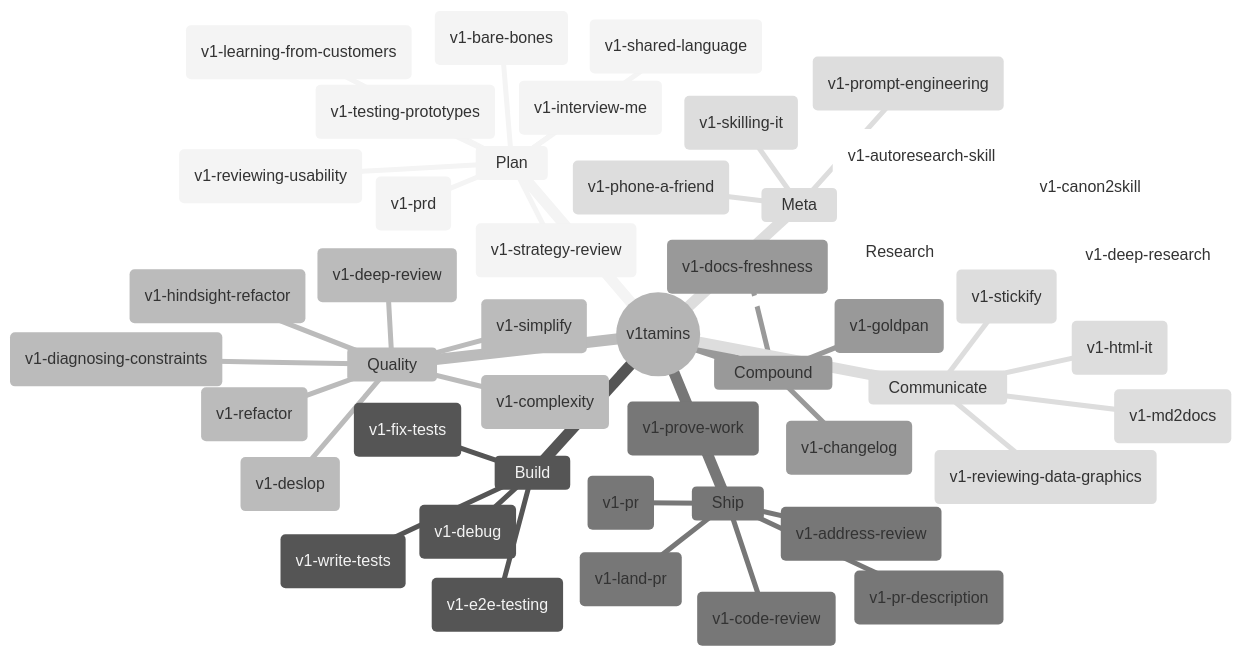
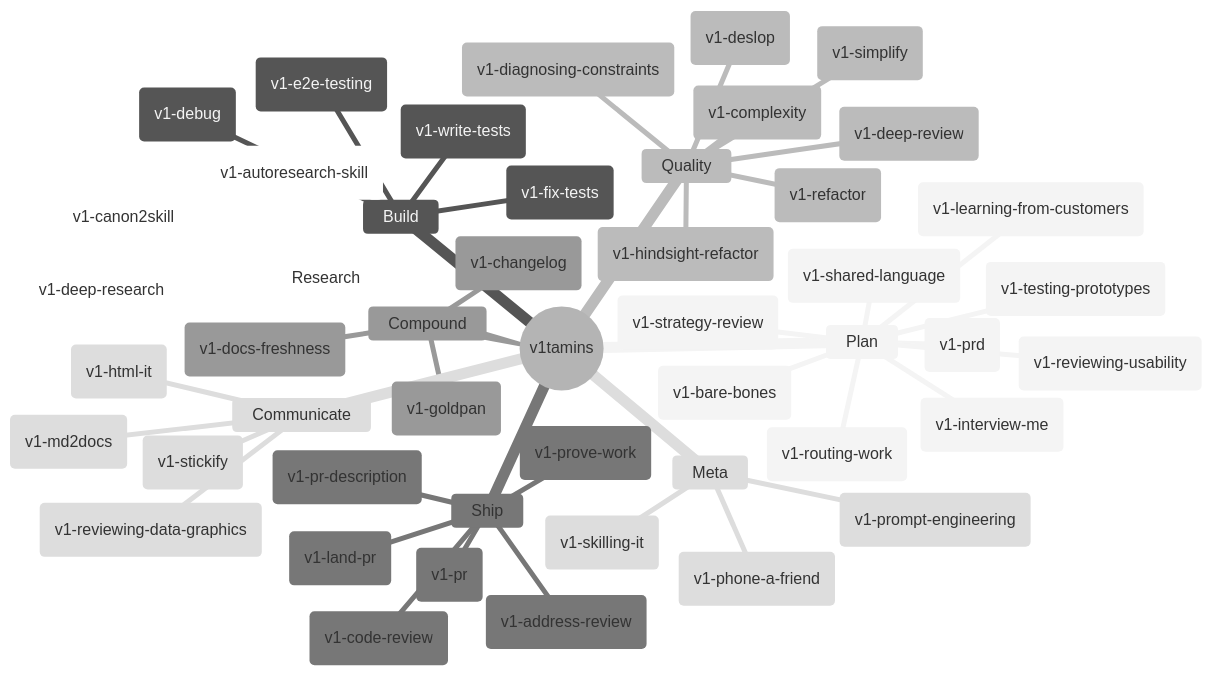
The first of 6 diagrams in README.md (v1-io/v1tamins), drawn with Mermaid (neutral theme) before and after one commit. The commit also changed other lines of this file and 4 other files, not shown here.

Commit message:
Add work routing skill to prevent mode mixing

````diff
--- a/README.md
+++ b/README.md
@@ -67,50 +67,51 @@
 ```mermaid
 mindmap
   root((v1tamins))
     Plan
+      ("v1-routing-work")
       ("v1-interview-me")
       ("v1-strategy-review")
       ("v1-bare-bones")
       ("v1-shared-language")
       ("v1-prd")
       ("v1-learning-from-customers")
       ("v1-testing-prototypes")
       ("v1-reviewing-usability")
     Build
       ("v1-debug")
       ("v1-fix-tests")
       ("v1-write-tests")
       ("v1-e2e-testing")
     Quality
       ("v1-simplify")
       ("v1-deslop")
       ("v1-refactor")
       ("v1-complexity")
       ("v1-hindsight-refactor")
       ("v1-deep-review")
       ("v1-diagnosing-constraints")
     Ship
       ("v1-pr")
       ("v1-pr-description")
       ("v1-land-pr")
       ("v1-code-review")
       ("v1-address-review")
       ("v1-prove-work")
     Compound
       ("v1-goldpan")
       ("v1-docs-freshness")
       ("v1-changelog")
     Communicate
       ("v1-stickify")
       ("v1-md2docs")
       ("v1-html-it")
       ("v1-reviewing-data-graphics")
     Research
       ("v1-deep-research")
       ("v1-autoresearch-skill")
       ("v1-canon2skill")
     Meta
       ("v1-phone-a-friend")
       ("v1-skilling-it")
       ("v1-prompt-engineering")
 ```
````
